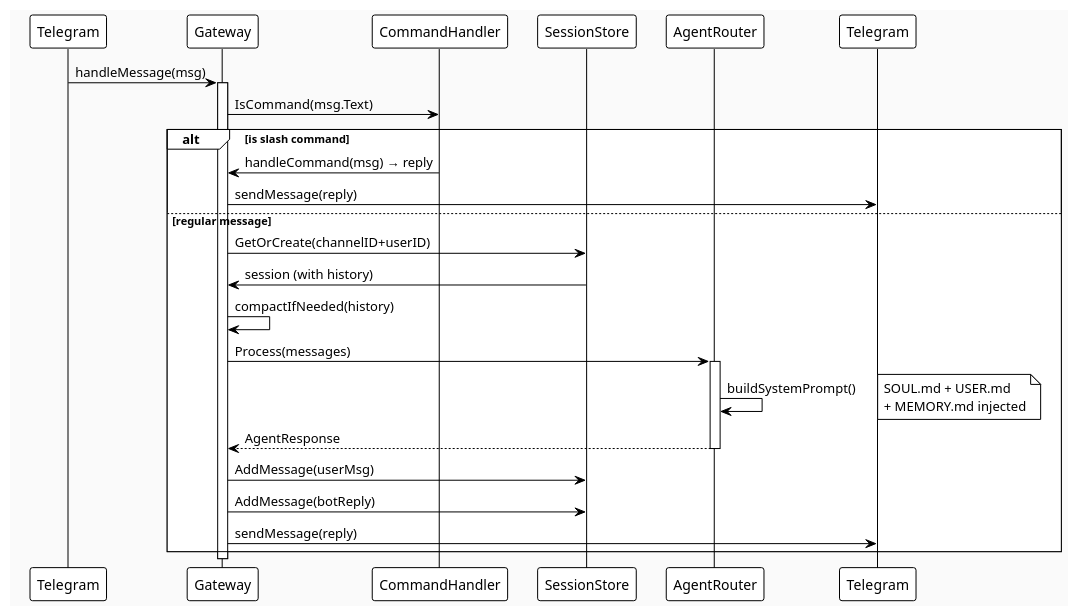
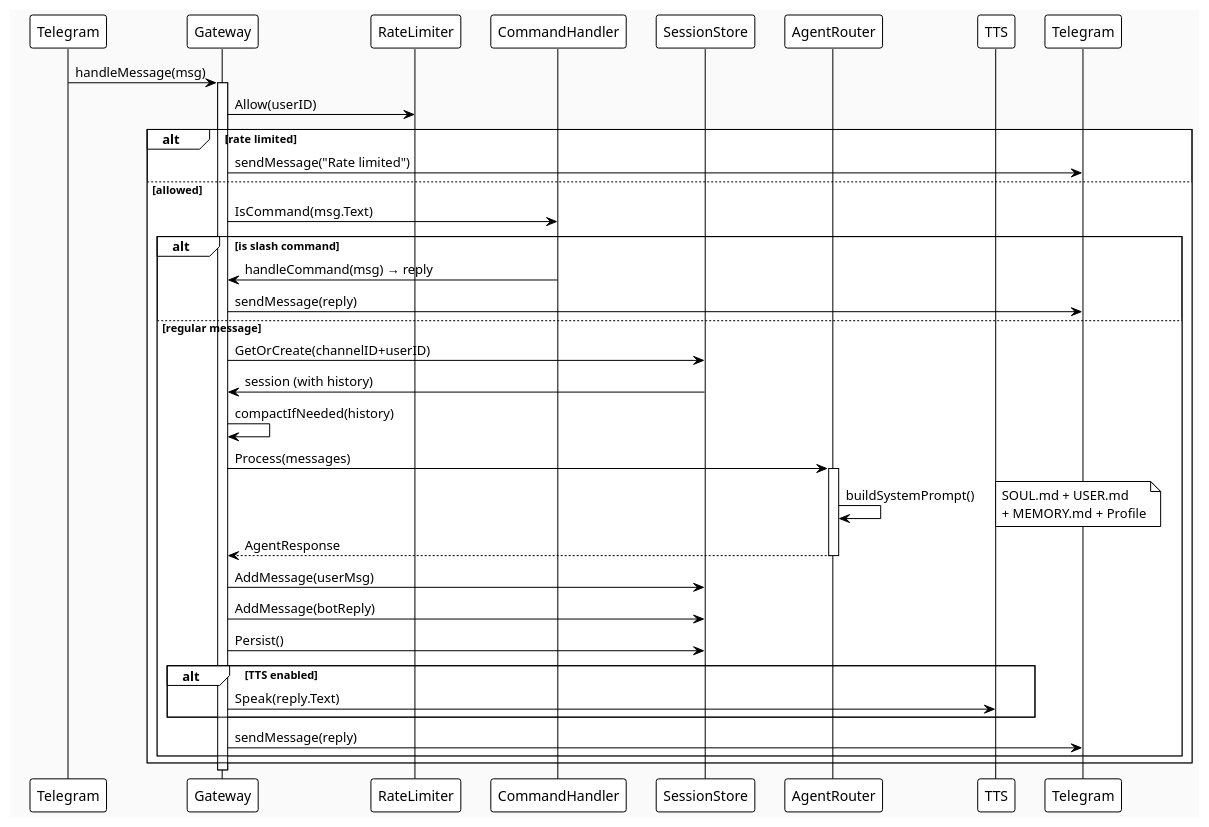
The second of 13 diagrams in docs/architecture.md (FeelPulse/feelpulse), drawn with PlantUML before and after one commit. The commit also changed other lines of this file and 3 other files, not shown here.

First line of the commit message:
docs: comprehensive README, TODO, and architecture updates

````diff
--- a/docs/architecture.md
+++ b/docs/architecture.md
@@ -73,39 +92,52 @@
 ```plantuml
 @startuml gateway
 !theme plain
 skinparam backgroundColor #FAFAFA
 
 participant "Telegram" as TG
 participant "Gateway" as GW
+participant "RateLimiter" as RL
 participant "CommandHandler" as CH
 participant "SessionStore" as SS
 participant "AgentRouter" as AR
+participant "TTS" as TTS
 participant "Telegram" as TG2
 
 TG -> GW : handleMessage(msg)
 activate GW
 
-GW -> CH : IsCommand(msg.Text)
-alt is slash command
-  CH -> GW : handleCommand(msg) → reply
-  GW -> TG2 : sendMessage(reply)
-else regular message
-  GW -> SS : GetOrCreate(channelID+userID)
-  SS -> GW : session (with history)
-  
-  GW -> GW : compactIfNeeded(history)
-  GW -> AR : Process(messages)
-  activate AR
-  AR -> AR : buildSystemPrompt()
-  note right: SOUL.md + USER.md\n+ MEMORY.md injected
-  AR --> GW : AgentResponse
-  deactivate AR
-  
-  GW -> SS : AddMessage(userMsg)
-  GW -> SS : AddMessage(botReply)
-  GW -> TG2 : sendMessage(reply)
+GW -> RL : Allow(userID)
+alt rate limited
+  GW -> TG2 : sendMessage("Rate limited")
+else allowed
+  GW -> CH : IsCommand(msg.Text)
+  alt is slash command
+    CH -> GW : handleCommand(msg) → reply
+    GW -> TG2 : sendMessage(reply)
+  else regular message
+    GW -> SS : GetOrCreate(channelID+userID)
+    SS -> GW : session (with history)
+    
+    GW -> GW : compactIfNeeded(history)
+    GW -> AR : Process(messages)
+    activate AR
+    AR -> AR : buildSystemPrompt()
+    note right: SOUL.md + USER.md\n+ MEMORY.md + Profile
+    AR --> GW : AgentResponse
+    deactivate AR
+    
+    GW -> SS : AddMessage(userMsg)
+    GW -> SS : AddMessage(botReply)
+    GW -> SS : Persist()
+    
+    alt TTS enabled
+      GW -> TTS : Speak(reply.Text)
+    end
+    
+    GW -> TG2 : sendMessage(reply)
+  end
 end
 
 deactivate GW
 @enduml
 ```
````
